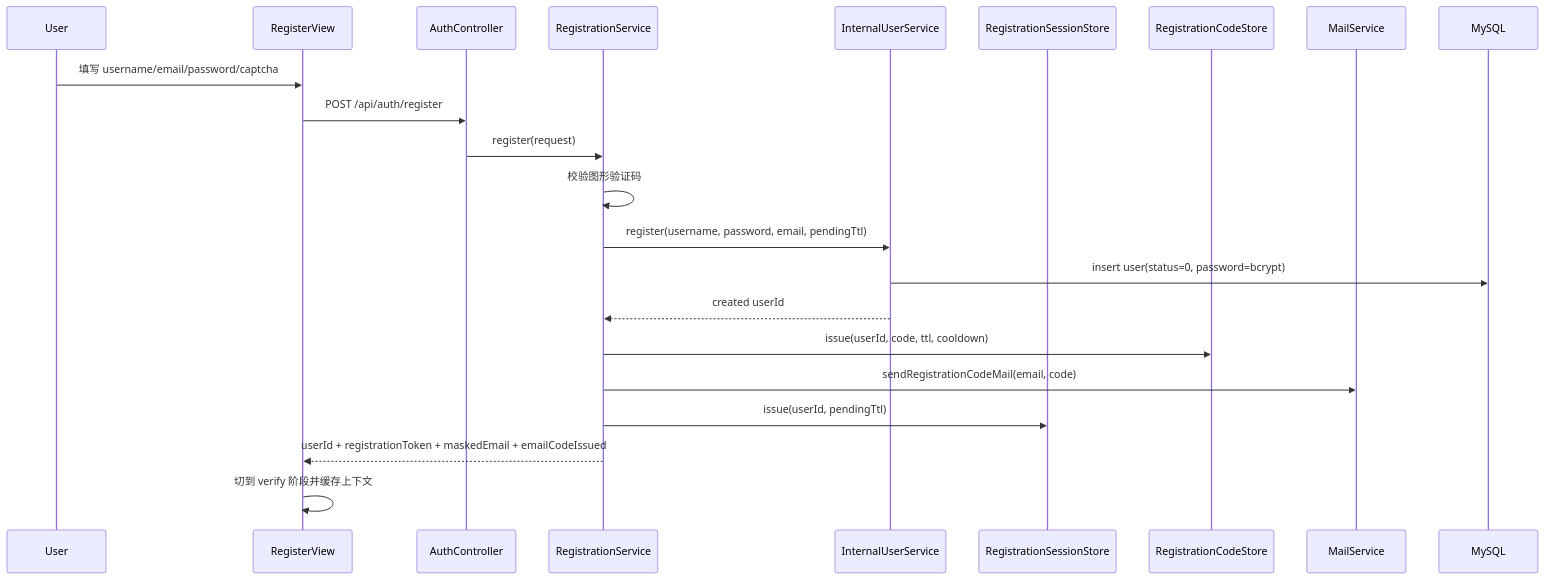
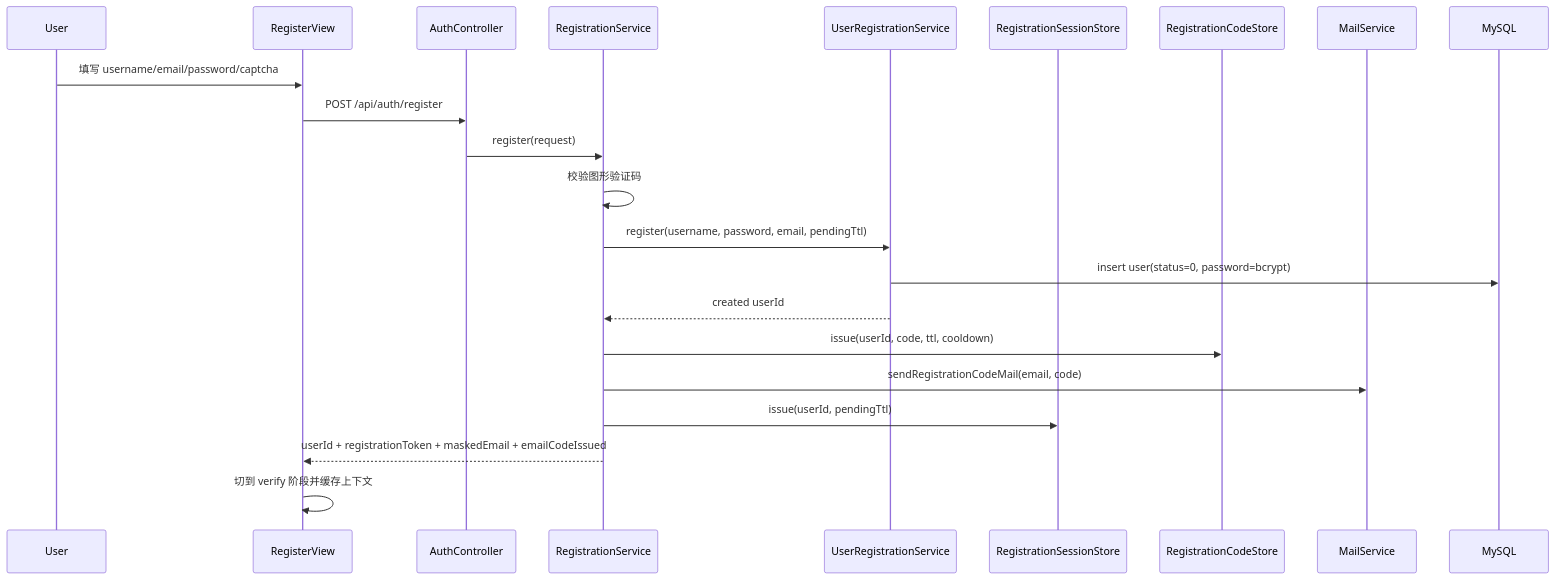
One commit to skt-shinyruo/community changed the first of 2 diagrams in docs/business-logic/auth-registration-login-flow.md. Above: the diagram before and after it, drawn with Mermaid. The commit also changed other lines of this file and 53 other files, not shown here.

````diff
--- a/docs/business-logic/auth-registration-login-flow.md
+++ b/docs/business-logic/auth-registration-login-flow.md
@@ -73,25 +75,25 @@
 ```mermaid
 sequenceDiagram
     participant U as User
     participant FE as RegisterView
     participant API as AuthController
     participant REG as RegistrationService
-    participant USER as InternalUserService
+    participant USER as UserRegistrationService
     participant SESS as RegistrationSessionStore
     participant CODE as RegistrationCodeStore
     participant MAIL as MailService
     participant DB as MySQL
 
     U->>FE: 填写 username/email/password/captcha
     FE->>API: POST /api/auth/register
     API->>REG: register(request)
     REG->>REG: 校验图形验证码
     REG->>USER: register(username, password, email, pendingTtl)
     USER->>DB: insert user(status=0, password=bcrypt)
     USER-->>REG: created userId
     REG->>CODE: issue(userId, code, ttl, cooldown)
     REG->>MAIL: sendRegistrationCodeMail(email, code)
     REG->>SESS: issue(userId, pendingTtl)
     REG-->>FE: userId + registrationToken + maskedEmail + emailCodeIssued
     FE->>FE: 切到 verify 阶段并缓存上下文
 ```
````
